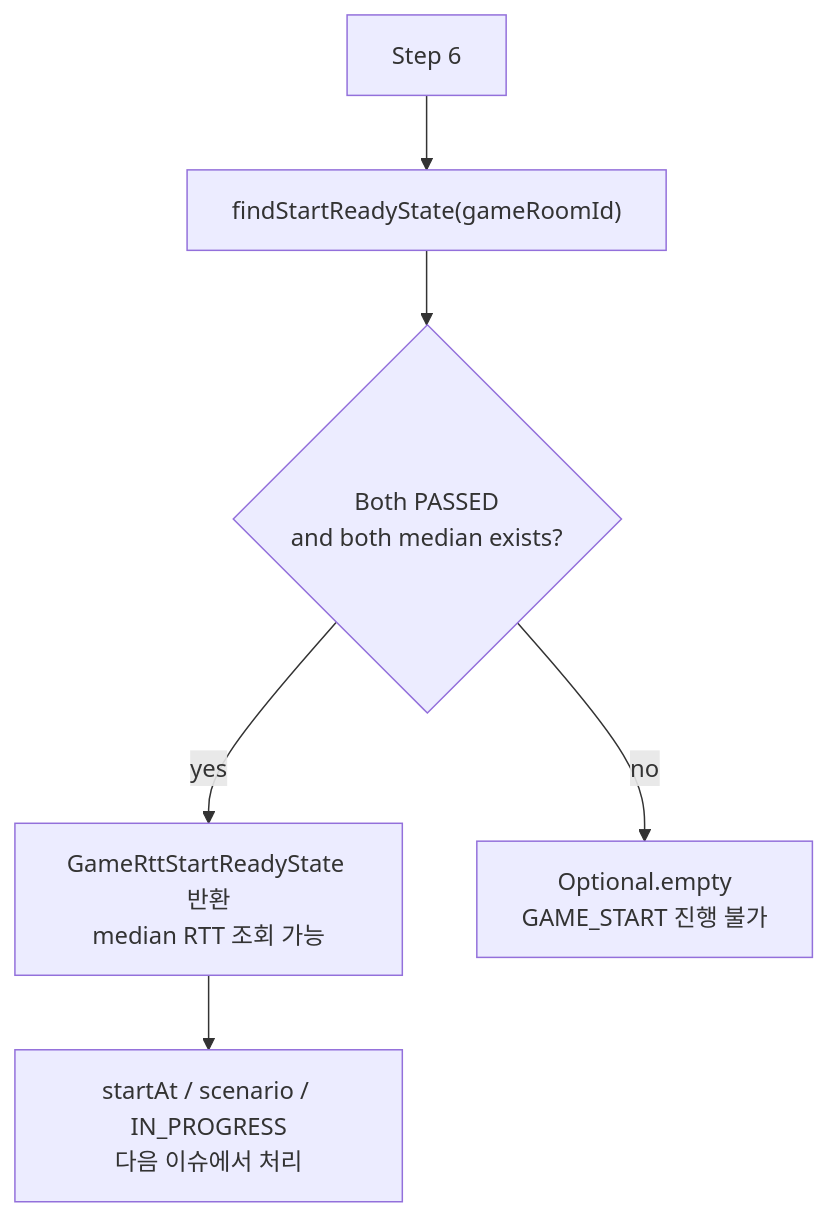
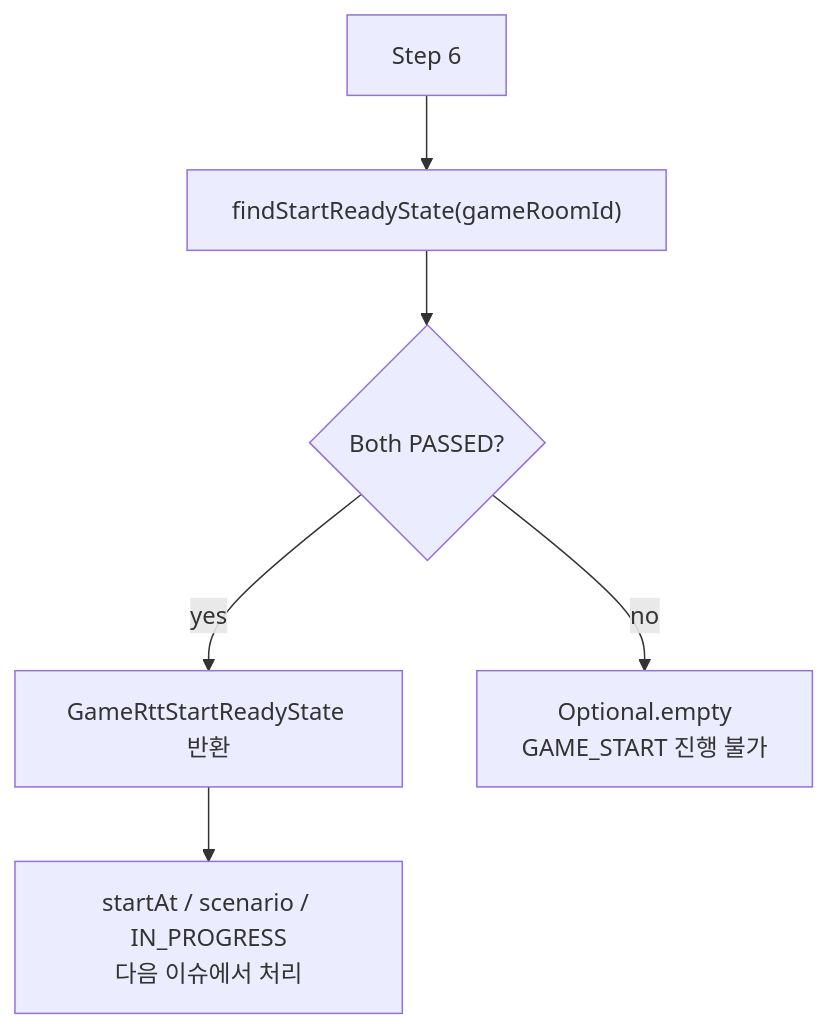
Before and after one commit to moonwhistle/League-of-Star: the seventh of 7 diagrams in docs/antigravity/backend/issue-44-game-rtt-measurement.md, drawn with Mermaid. The commit also changed other lines of this file and 13 other files, not shown here.

````diff
--- a/docs/antigravity/backend/issue-44-game-rtt-measurement.md
+++ b/docs/antigravity/backend/issue-44-game-rtt-measurement.md
@@ -484,8 +478,8 @@
 ```mermaid
 flowchart TD
     A["Step 6"] --> B["findStartReadyState(gameRoomId)"]
-    B --> C{"Both PASSED<br/>and both median exists?"}
-    C -->|"yes"| D["GameRttStartReadyState 반환<br/>median RTT 조회 가능"]
+    B --> C{"Both PASSED?"}
+    C -->|"yes"| D["GameRttStartReadyState 반환"]
     C -->|"no"| E["Optional.empty<br/>GAME_START 진행 불가"]
     D --> F["startAt / scenario / IN_PROGRESS<br/>다음 이슈에서 처리"]
 ```
````
